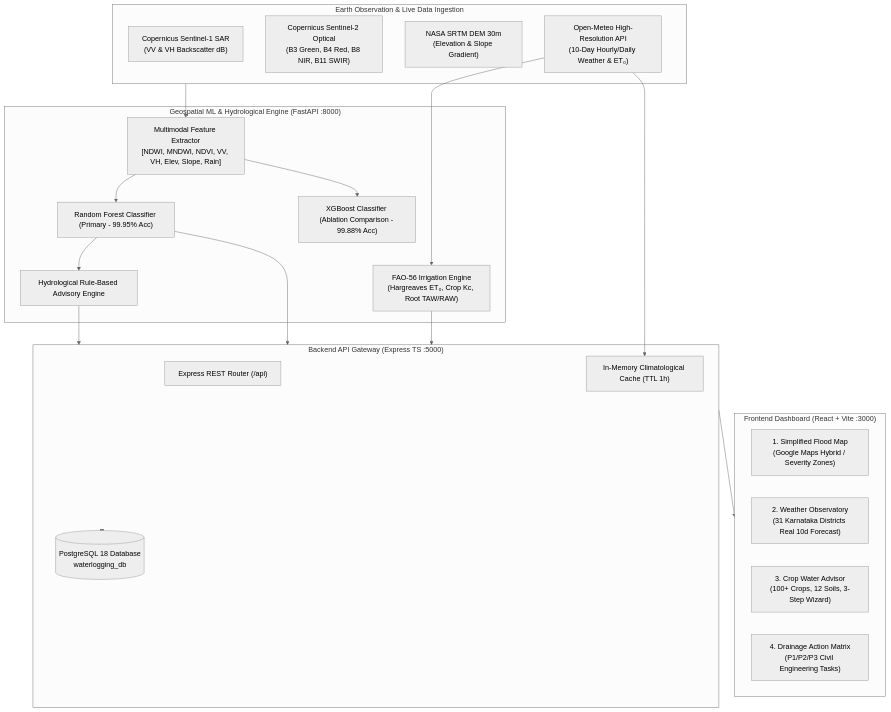
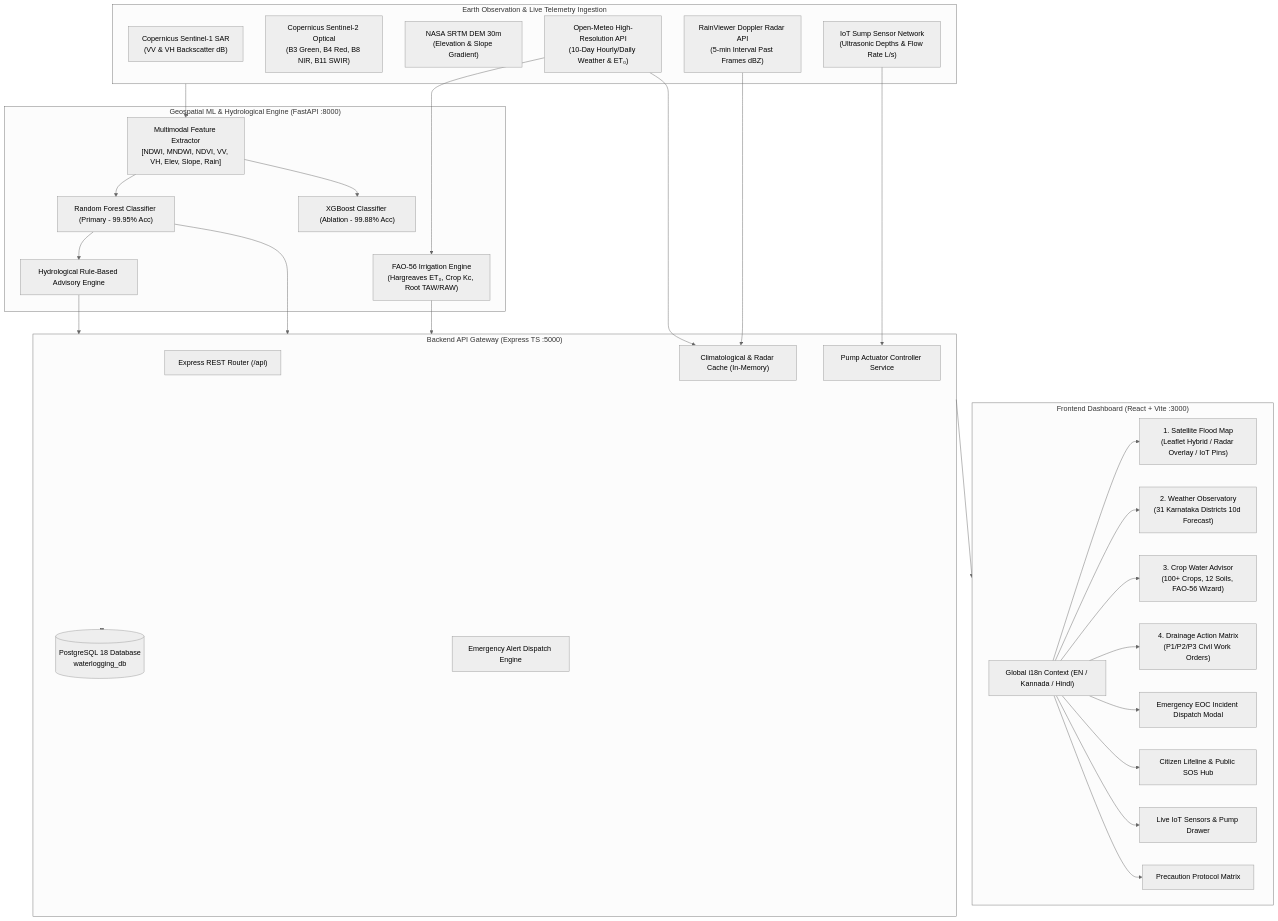
The first of 5 diagrams in TECHNICAL_DOCUMENT.md (Pavan16904/waterlogging_jaladrishti), drawn with Mermaid (neutral theme) before and after one commit. The commit also changed other lines of this file, not shown here.

Commit message:
docs: comprehensive update to TECHNICAL_DOCUMENT.md with Doppler radar, IoT pump actuation, EOC, Citizen Lifeline, and tri-lingual i18n

````diff
--- a/TECHNICAL_DOCUMENT.md
+++ b/TECHNICAL_DOCUMENT.md
@@ -21,44 +24,55 @@
 ```mermaid
 flowchart TB
-    subgraph DataSources["Earth Observation & Live Data Ingestion"]
+    subgraph DataSources["Earth Observation & Live Telemetry Ingestion"]
         S1["Copernicus Sentinel-1 SAR<br/>(VV & VH Backscatter dB)"]
         S2["Copernicus Sentinel-2 Optical<br/>(B3 Green, B4 Red, B8 NIR, B11 SWIR)"]
         DEM["NASA SRTM DEM 30m<br/>(Elevation & Slope Gradient)"]
         MET["Open-Meteo High-Resolution API<br/>(10-Day Hourly/Daily Weather & ET₀)"]
+        RADAR["RainViewer Doppler Radar API<br/>(5-min Interval Past Frames dBZ)"]
+        IOT["IoT Sump Sensor Network<br/>(Ultrasonic Depths & Flow Rate L/s)"]
     end
 
     subgraph MLEngine["Geospatial ML & Hydrological Engine (FastAPI :8000)"]
         FE["Multimodal Feature Extractor<br/>[NDWI, MNDWI, NDVI, VV, VH, Elev, Slope, Rain]"]
         RF["Random Forest Classifier (Primary - 99.95% Acc)"]
-        XGB["XGBoost Classifier (Ablation Comparison - 99.88% Acc)"]
+        XGB["XGBoost Classifier (Ablation - 99.88% Acc)"]
         FAO["FAO-56 Irrigation Engine<br/>(Hargreaves ET₀, Crop Kc, Root TAW/RAW)"]
         DRAIN["Hydrological Rule-Based Advisory Engine"]
     end
 
     subgraph BackendGateway["Backend API Gateway (Express TS :5000)"]
         ROUTER["Express REST Router (/api)"]
-        CACHE["In-Memory Climatological Cache (TTL 1h)"]
+        CACHE["Climatological & Radar Cache (In-Memory)"]
         DB[(PostgreSQL 18 Database<br/>waterlogging_db)]
+        PUMP_ACT["Pump Actuator Controller Service"]
+        ALERT_ENG["Emergency Alert Dispatch Engine"]
     end
 
     subgraph FrontendApp["Frontend Dashboard (React + Vite :3000)"]
-        PAGE1["1. Simplified Flood Map<br/>(Google Maps Hybrid / Severity Zones)"]
-        PAGE2["2. Weather Observatory<br/>(31 Karnataka Districts Real 10d Forecast)"]
-        PAGE3["3. Crop Water Advisor<br/>(100+ Crops, 12 Soils, 3-Step Wizard)"]
-        PAGE4["4. Drainage Action Matrix<br/>(P1/P2/P3 Civil Engineering Tasks)"]
+        I18N["Global i18n Context (EN / Kannada / Hindi)"]
+        PAGE1["1. Satellite Flood Map<br/>(Leaflet Hybrid / Radar Overlay / IoT Pins)"]
+        PAGE2["2. Weather Observatory<br/>(31 Karnataka Districts 10d Forecast)"]
+        PAGE3["3. Crop Water Advisor<br/>(100+ Crops, 12 Soils, FAO-56 Wizard)"]
+        PAGE4["4. Drainage Action Matrix<br/>(P1/P2/P3 Civil Work Orders)"]
+        MODAL1["Emergency EOC Incident Dispatch Modal"]
+        MODAL2["Citizen Lifeline & Public SOS Hub"]
+        MODAL3["Live IoT Sensors & Pump Drawer"]
+        MODAL4["Precaution Protocol Matrix"]
     end
 
     DataSources --> FE
     FE --> RF
     FE --> XGB
     RF --> DRAIN
     MET --> FAO
     MET --> CACHE
+    RADAR --> CACHE
+    IOT --> PUMP_ACT
     
     RF --> BackendGateway
     FAO --> BackendGateway
     DRAIN --> BackendGateway
     BackendGateway <--> DB
-
     BackendGateway --> FrontendApp
+    I18N --> PAGE1 & PAGE2 & PAGE3 & PAGE4 & MODAL1 & MODAL2 & MODAL3 & MODAL4
 ```
````
